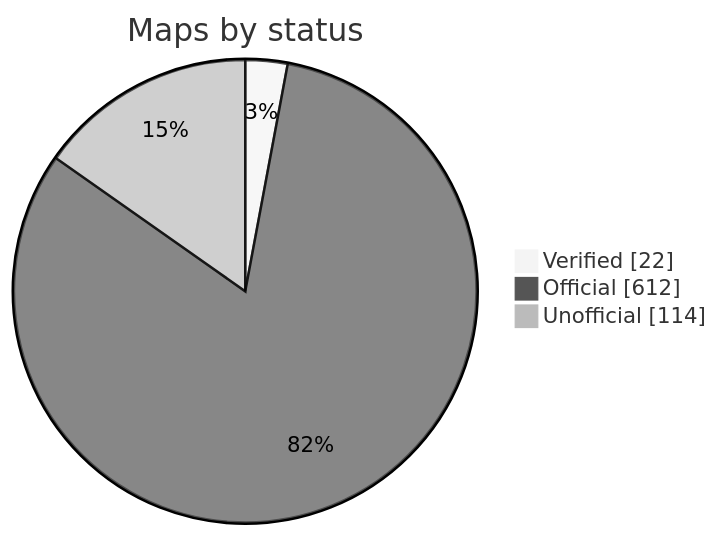
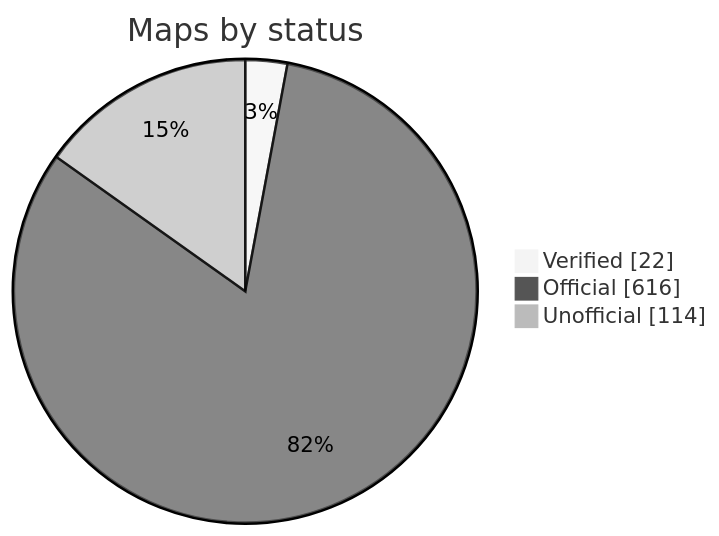
Before and after one commit to nobrega8/mbmap-library: the diagram in README.md, drawn with Mermaid (neutral theme). The commit also changed 9 other files, not shown here.

````diff
--- a/README.md
+++ b/README.md
@@ -52,7 +52,7 @@
 ```mermaid
 pie showData
     title Maps by status
     "Verified" : 22
-    "Official" : 612
+    "Official" : 616
     "Unofficial" : 114
 ```
````
